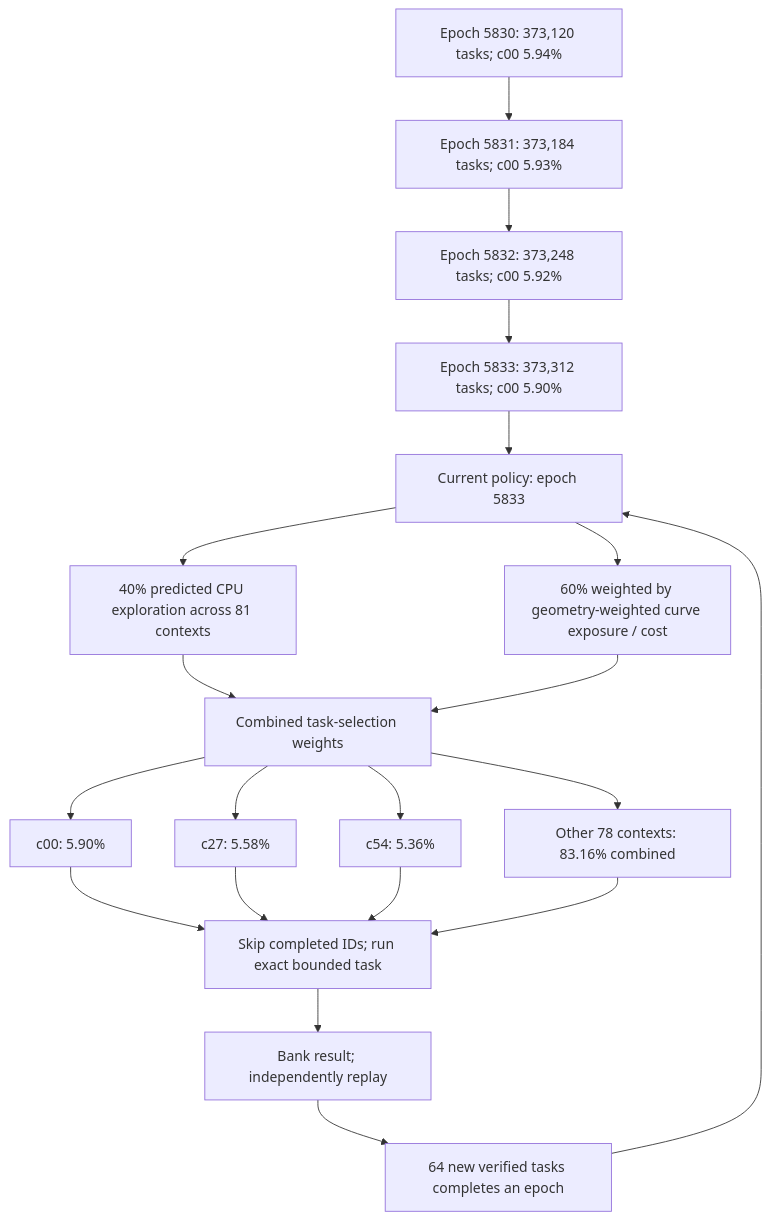
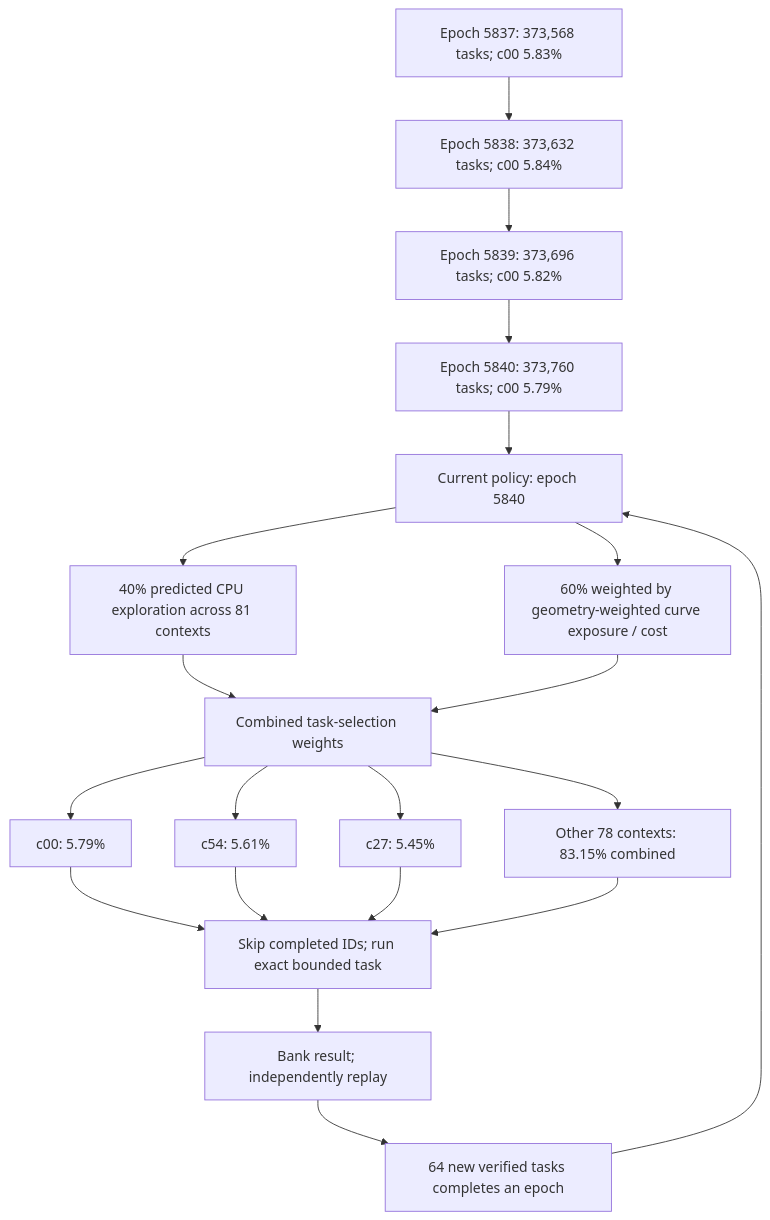
One commit to Kuberwastaken/math-gambling changed the first of 3 diagrams in README.md. Above: the diagram before and after it, drawn with Mermaid. The commit also changed other lines of this file and 2425 other files, not shown here.

````diff
--- a/README.md
+++ b/README.md
@@ -60,27 +60,27 @@
 ```mermaid
 flowchart TD
-    H0["Epoch 5830: 373,120 tasks; c00 5.94%"]
-    H1["Epoch 5831: 373,184 tasks; c00 5.93%"]
+    H0["Epoch 5837: 373,568 tasks; c00 5.83%"]
+    H1["Epoch 5838: 373,632 tasks; c00 5.84%"]
     H0 --> H1
-    H2["Epoch 5832: 373,248 tasks; c00 5.92%"]
+    H2["Epoch 5839: 373,696 tasks; c00 5.82%"]
     H1 --> H2
-    H3["Epoch 5833: 373,312 tasks; c00 5.90%"]
+    H3["Epoch 5840: 373,760 tasks; c00 5.79%"]
     H2 --> H3
-    Policy["Current policy: epoch 5833"]
+    Policy["Current policy: epoch 5840"]
     H3 --> Policy
     Policy --> Explore["40% predicted CPU exploration across 81 contexts"]
     Policy --> Cost["60% weighted by geometry-weighted curve exposure / cost"]
     Explore --> Mix["Combined task-selection weights"]
     Cost --> Mix
-    Mix --> C0["c00: 5.90%"]
-    Mix --> C1["c27: 5.58%"]
-    Mix --> C2["c54: 5.36%"]
-    Mix --> Rest["Other 78 contexts: 83.16% combined"]
+    Mix --> C0["c00: 5.79%"]
+    Mix --> C1["c54: 5.61%"]
+    Mix --> C2["c27: 5.45%"]
+    Mix --> Rest["Other 78 contexts: 83.15% combined"]
     C0 --> Check["Skip completed IDs; run exact bounded task"]
     C1 --> Check
     C2 --> Check
     Rest --> Check
     Check --> Replay["Bank result; independently replay"]
     Replay --> Gate["64 new verified tasks completes an epoch"]
     Gate --> Policy
 ```
````
